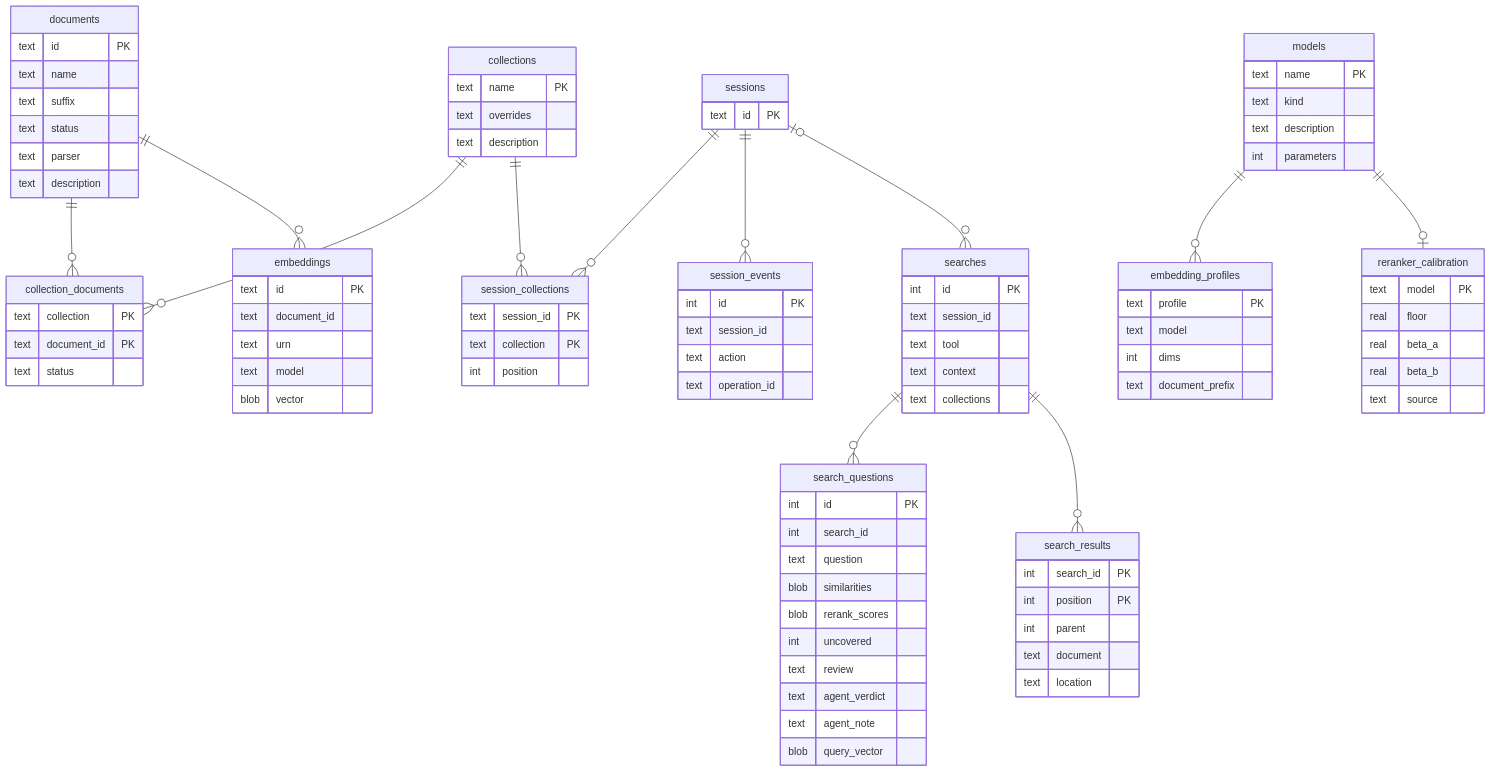
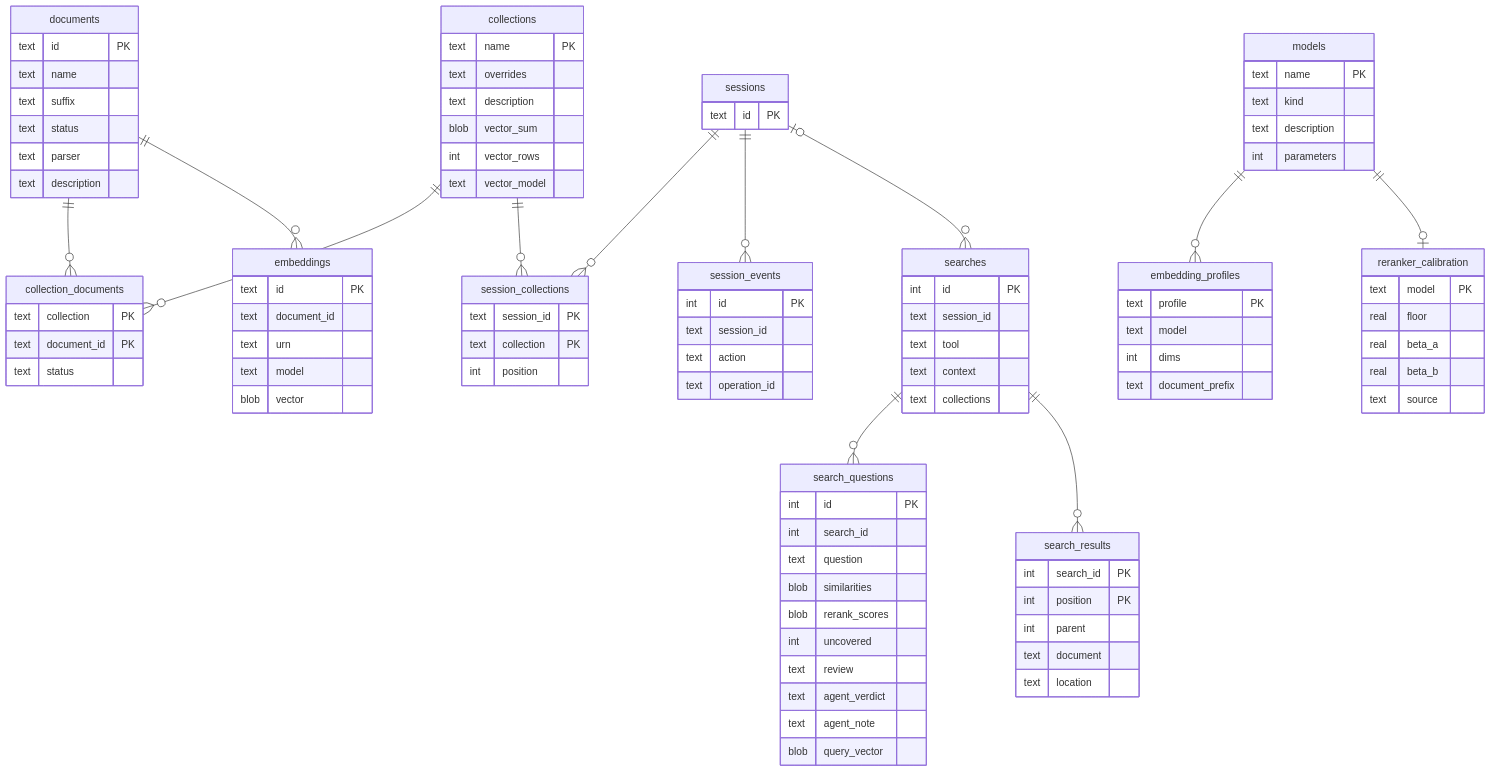
One commit to haskian/haskie changed the diagram in docs/storage.md. Above: the diagram before and after it, drawn with Mermaid. The commit also changed other lines of this file and 52 other files, not shown here.

```diff
--- a/docs/storage.md
+++ b/docs/storage.md
@@ -56,6 +59,9 @@
         text name PK
         text overrides
         text description
+        blob vector_sum
+        int vector_rows
+        text vector_model
     }
     collection_documents {
         text collection PK
```
